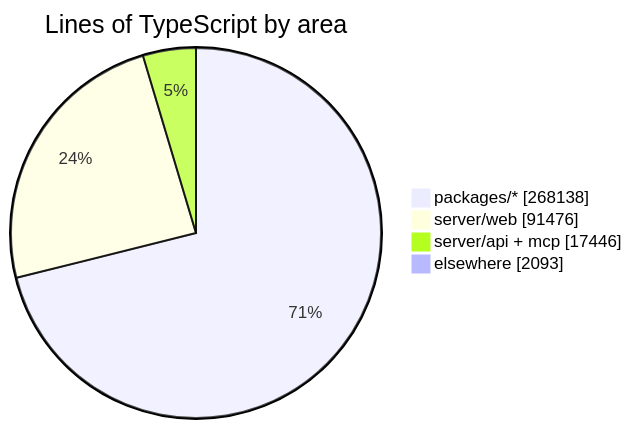
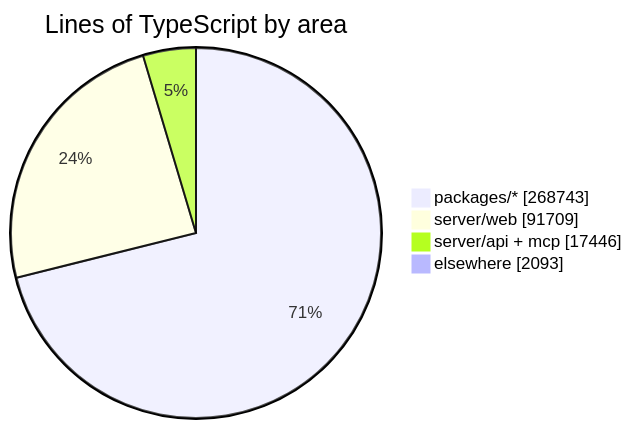
One commit to crossworks-engineering/mantle changed the diagram in README.md. Above: the diagram before and after it, drawn with Mermaid. The commit also changed other lines of this file and 2 other files, not shown here.

````diff
--- a/README.md
+++ b/README.md
@@ -287,7 +287,7 @@
 ```mermaid
 pie showData title Lines of TypeScript by area
-    "packages/*" : 268138
-    "server/web" : 91476
+    "packages/*" : 268743
+    "server/web" : 91709
     "server/api + mcp" : 17446
     "elsewhere" : 2093
 ```
````
